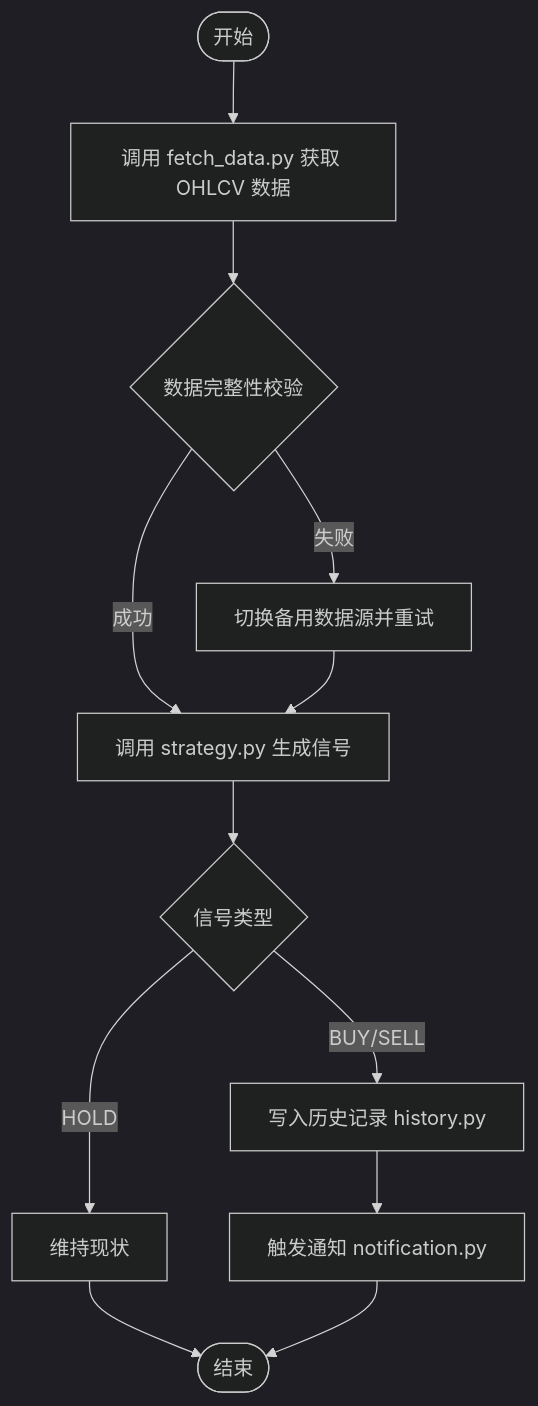
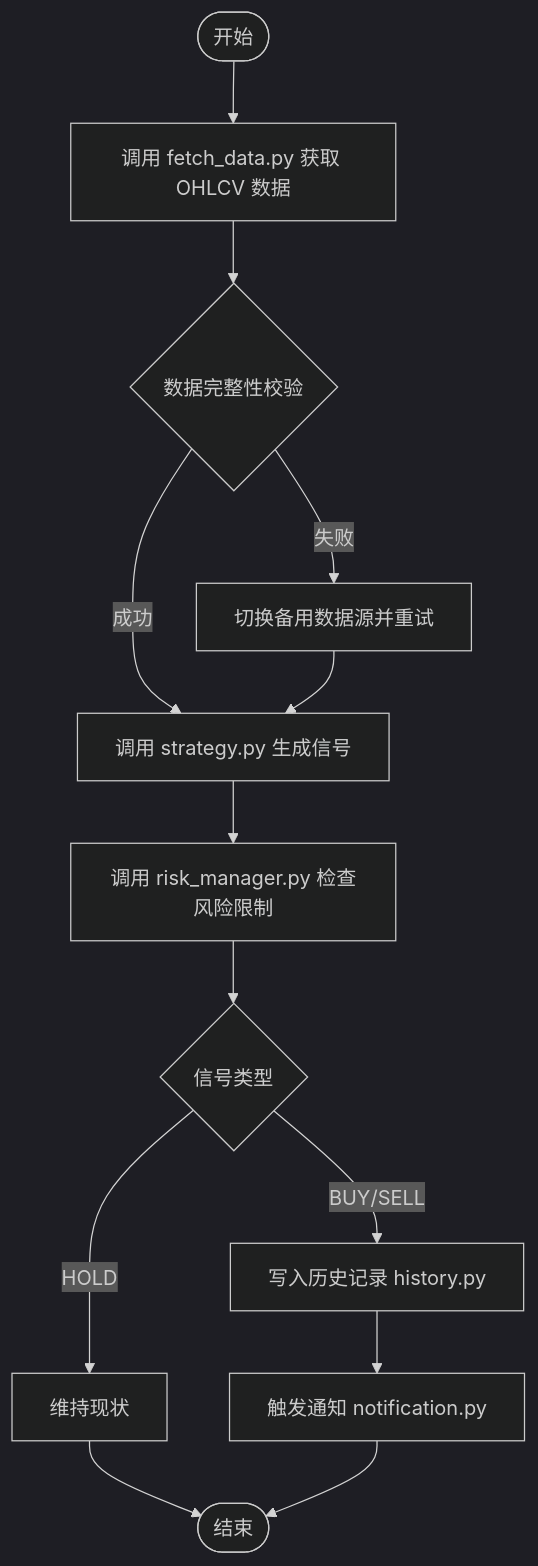
Before and after one commit to raymodny-ai/The-Modern-Turtle-Protocol: the second of 10 diagrams in .qoder/repowiki/zh/content/开发指南.md, drawn with Mermaid (dark theme). The commit also changed other lines of this file and 15 other files, not shown here.

````diff
--- a/.qoder/repowiki/zh/content/开发指南.md
+++ b/.qoder/repowiki/zh/content/开发指南.md
@@ -112,14 +121,15 @@
 ```mermaid
 flowchart TD
 Start(["开始"]) --> Fetch["调用 fetch_data.py 获取 OHLCV 数据"]
 Fetch --> Validate{"数据完整性校验"}
 Validate --> |失败| Fallback["切换备用数据源并重试"]
 Validate --> |成功| Strategy["调用 strategy.py 生成信号"]
-Strategy --> Signal{"信号类型"}
+Strategy --> RiskCheck["调用 risk_manager.py 检查风险限制"]
+RiskCheck --> Signal{"信号类型"}
 Signal --> |BUY/SELL| HistoryWrite["写入历史记录 history.py"]
 Signal --> |HOLD| Hold["维持现状"]
 HistoryWrite --> Notify["触发通知 notification.py"]
 Fallback --> Strategy
 Hold --> End(["结束"])
 Notify --> End
 ```
````
